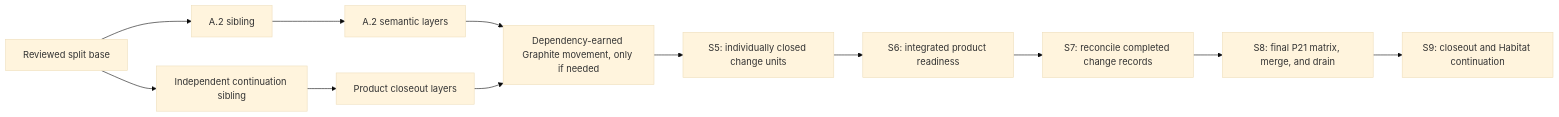
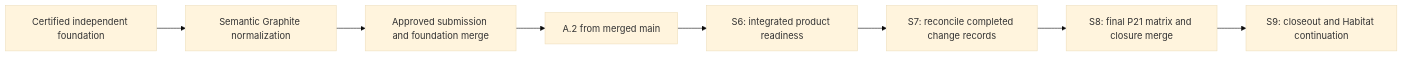
One commit to mateicanavra/civ7-modding-tools changed the diagram in docs/projects/mapgen-studio-runtime-transition/WORKSTREAM.md. Above: the diagram before and after it, drawn with Mermaid (base theme). The commit also changed other lines of this file and 17 other files, not shown here.

First line of the commit message:
feat(habitat): seal compiler ownership, blank preflight retry, and Graphite merge preparation (#2079)

````diff
--- a/docs/projects/mapgen-studio-runtime-transition/WORKSTREAM.md
+++ b/docs/projects/mapgen-studio-runtime-transition/WORKSTREAM.md
@@ -857,14 +857,10 @@
 ```mermaid
 flowchart LR
-  A["Reviewed split base"] --> B["A.2 sibling"]
-  A --> C["Independent continuation sibling"]
-  B --> D["A.2 semantic layers"]
-  C --> E["Product closeout layers"]
-  D --> F["Dependency-earned Graphite movement, only if needed"]
-  E --> F
-  F --> G["S5: individually closed change units"]
-  G --> H["S6: integrated product readiness"]
-  H --> I["S7: reconcile completed change records"]
-  I --> J["S8: final P21 matrix, merge, and drain"]
-  J --> K["S9: closeout and Habitat continuation"]
+  A["Certified independent foundation"] --> B["Semantic Graphite normalization"]
+  B --> C["Approved submission and foundation merge"]
+  C --> D["A.2 from merged main"]
+  D --> E["S6: integrated product readiness"]
+  E --> F["S7: reconcile completed change records"]
+  F --> G["S8: final P21 matrix and closure merge"]
+  G --> H["S9: closeout and Habitat continuation"]
 ```
````
